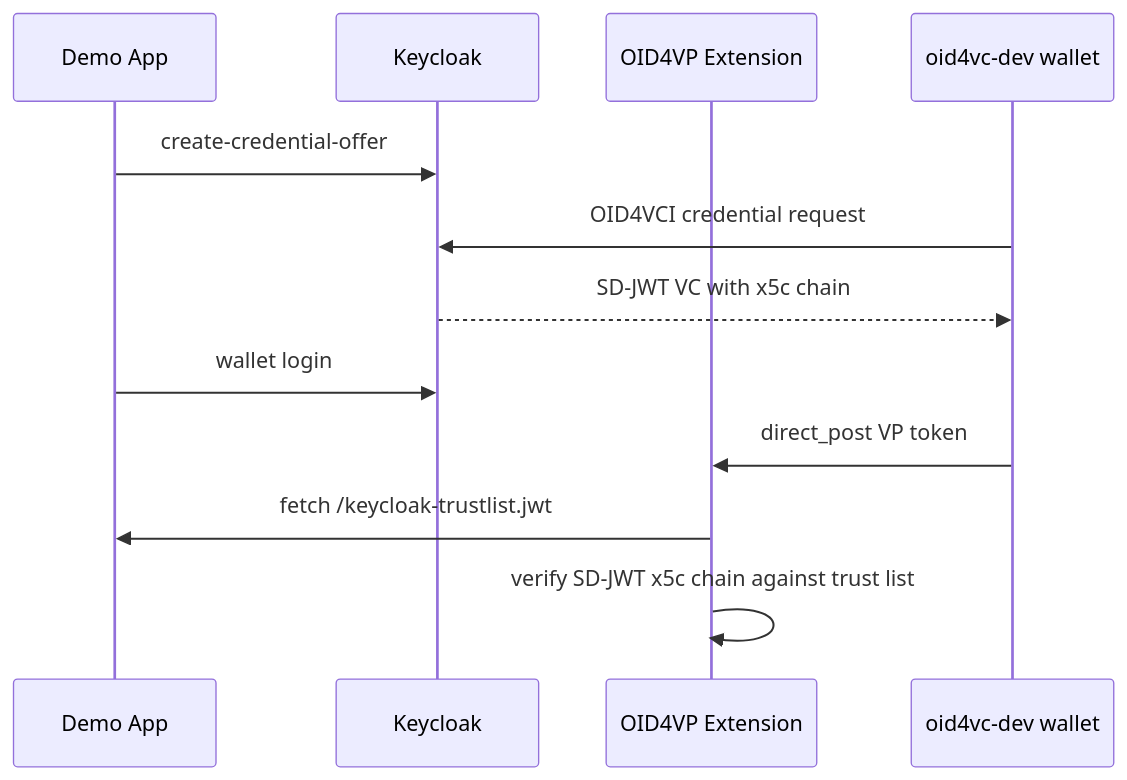
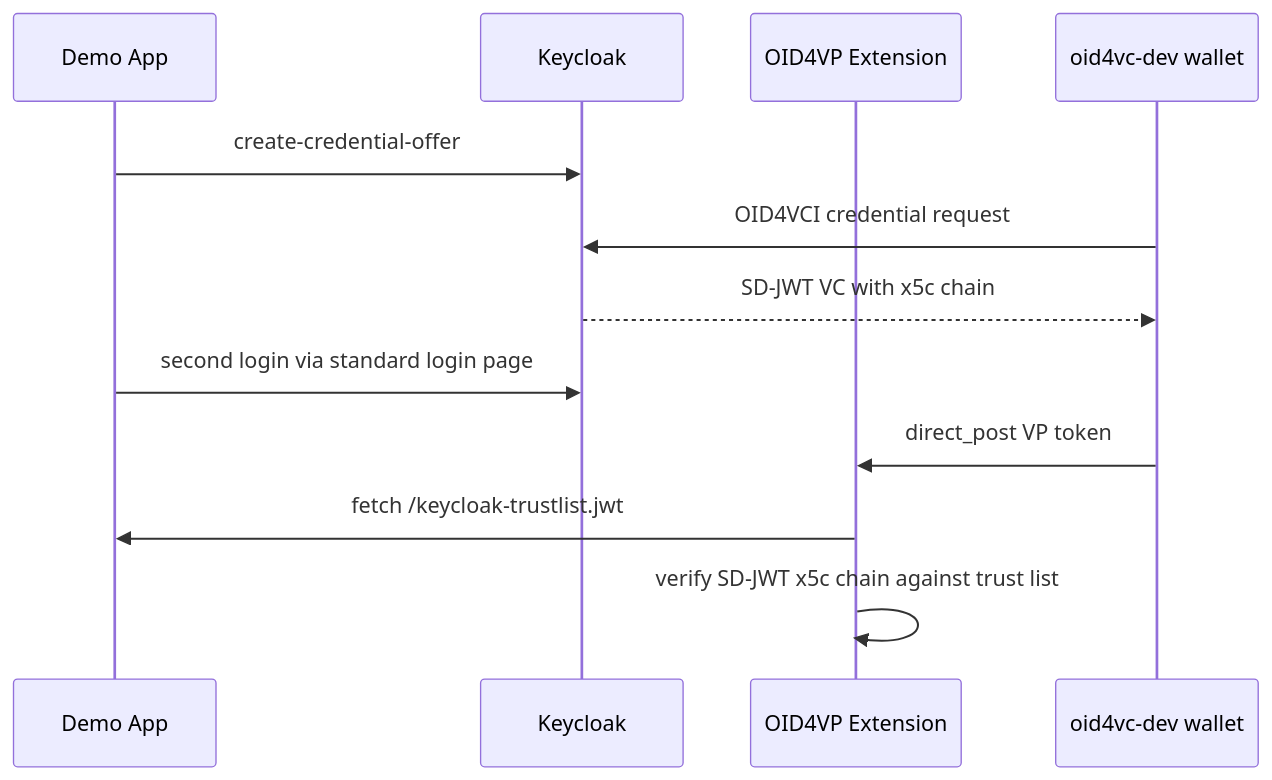
Before and after one commit to dominikschlosser/ssi-debugger: the second of 3 diagrams in examples/keycloak-issuer-verifier-app/README.md, drawn with Mermaid. The commit also changed other lines of this file and 22 other files, not shown here.

Commit message:
fix: issuance+verification example flow, wallet without auto-accept shows confirm dialog for issuance

````diff
--- a/examples/keycloak-issuer-verifier-app/README.md
+++ b/examples/keycloak-issuer-verifier-app/README.md
@@ -68,15 +68,15 @@
 ```mermaid
 sequenceDiagram
     participant APP as Demo App
     participant KC as Keycloak
     participant EXT as OID4VP Extension
     participant W as oid4vc-dev wallet
 
     APP->>KC: create-credential-offer
     W->>KC: OID4VCI credential request
     KC-->>W: SD-JWT VC with x5c chain
-    APP->>KC: wallet login
+    APP->>KC: second login via standard login page
     W->>EXT: direct_post VP token
     EXT->>APP: fetch /keycloak-trustlist.jwt
     EXT->>EXT: verify SD-JWT x5c chain against trust list
 ```
````
